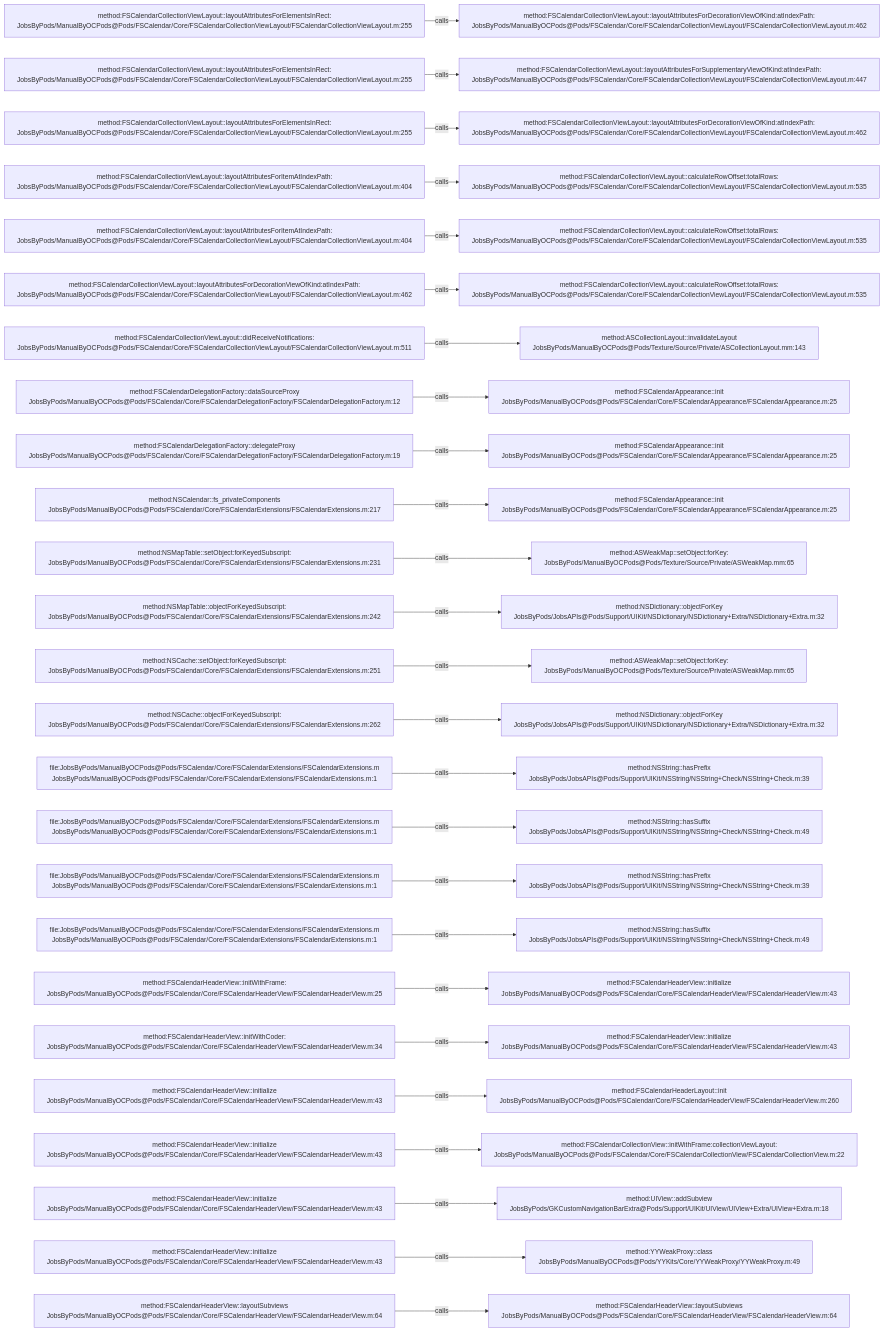
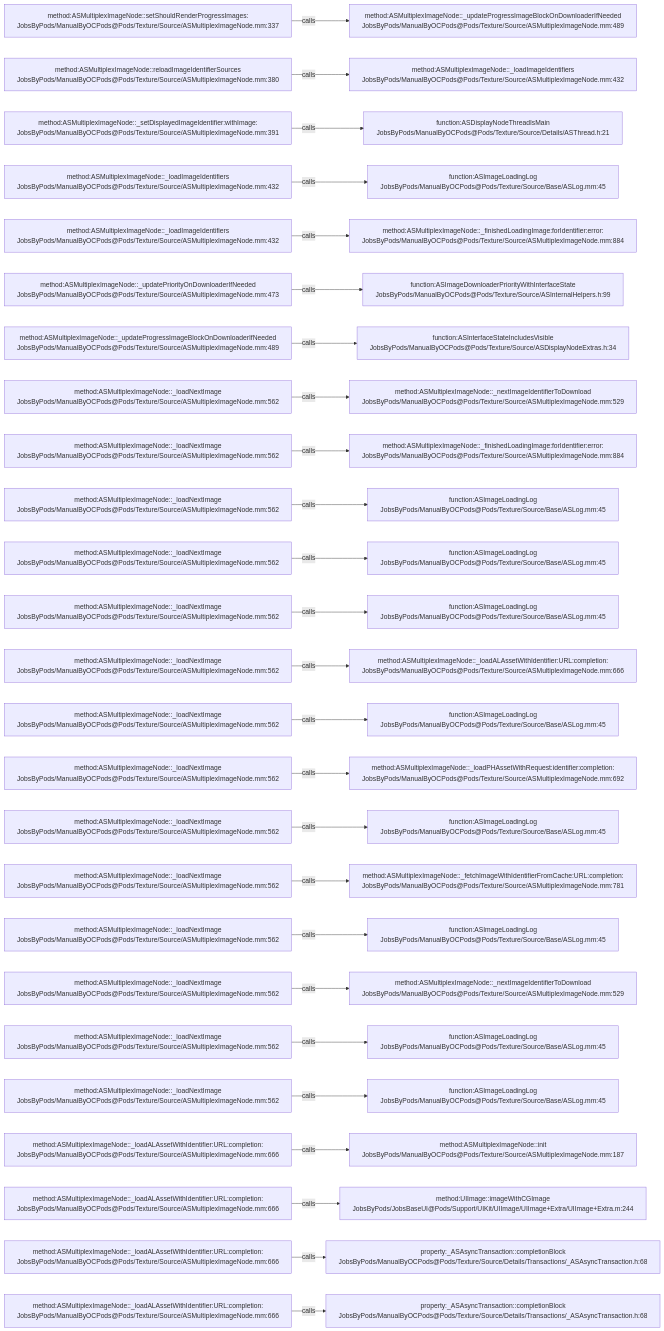
One commit to JobsKits/JobsOCBaseConfigDemo changed the diagram in .codegraph/codegraph.md/graphs/calls-123.md. Above: the diagram before and after it, drawn with Mermaid. The commit also changed 2162 other files, not shown here.

````diff
--- a/.codegraph/codegraph.md/graphs/calls-123.md
+++ b/.codegraph/codegraph.md/graphs/calls-123.md
@@ -13,78 +13,78 @@
 ```mermaid
 flowchart LR
-  S1["method:FSCalendarCollectionViewLayout::layoutAttributesForElementsInRect:<br/>JobsByPods/ManualByOCPods@Pods/FSCalendar/Core/FSCalendarCollectionViewLayout/FSCalendarCollectionViewLayout.m:255"]
-  T1["method:FSCalendarCollectionViewLayout::layoutAttributesForDecorationViewOfKind:atIndexPath:<br/>JobsByPods/ManualByOCPods@Pods/FSCalendar/Core/FSCalendarCollectionViewLayout/FSCalendarCollectionViewLayout.m:462"]
+  S1["method:ASMultiplexImageNode::setShouldRenderProgressImages:<br/>JobsByPods/ManualByOCPods@Pods/Texture/Source/ASMultiplexImageNode.mm:337"]
+  T1["method:ASMultiplexImageNode::_updateProgressImageBlockOnDownloaderIfNeeded<br/>JobsByPods/ManualByOCPods@Pods/Texture/Source/ASMultiplexImageNode.mm:489"]
   S1 -->|calls| T1
-  S2["method:FSCalendarCollectionViewLayout::layoutAttributesForElementsInRect:<br/>JobsByPods/ManualByOCPods@Pods/FSCalendar/Core/FSCalendarCollectionViewLayout/FSCalendarCollectionViewLayout.m:255"]
-  T2["method:FSCalendarCollectionViewLayout::layoutAttributesForSupplementaryViewOfKind:atIndexPath:<br/>JobsByPods/ManualByOCPods@Pods/FSCalendar/Core/FSCalendarCollectionViewLayout/FSCalendarCollectionViewLayout.m:447"]
+  S2["method:ASMultiplexImageNode::reloadImageIdentifierSources<br/>JobsByPods/ManualByOCPods@Pods/Texture/Source/ASMultiplexImageNode.mm:380"]
+  T2["method:ASMultiplexImageNode::_loadImageIdentifiers<br/>JobsByPods/ManualByOCPods@Pods/Texture/Source/ASMultiplexImageNode.mm:432"]
   S2 -->|calls| T2
-  S3["method:FSCalendarCollectionViewLayout::layoutAttributesForElementsInRect:<br/>JobsByPods/ManualByOCPods@Pods/FSCalendar/Core/FSCalendarCollectionViewLayout/FSCalendarCollectionViewLayout.m:255"]
-  T3["method:FSCalendarCollectionViewLayout::layoutAttributesForDecorationViewOfKind:atIndexPath:<br/>JobsByPods/ManualByOCPods@Pods/FSCalendar/Core/FSCalendarCollectionViewLayout/FSCalendarCollectionViewLayout.m:462"]
+  S3["method:ASMultiplexImageNode::_setDisplayedImageIdentifier:withImage:<br/>JobsByPods/ManualByOCPods@Pods/Texture/Source/ASMultiplexImageNode.mm:391"]
+  T3["function:ASDisplayNodeThreadIsMain<br/>JobsByPods/ManualByOCPods@Pods/Texture/Source/Details/ASThread.h:21"]
   S3 -->|calls| T3
-  S4["method:FSCalendarCollectionViewLayout::layoutAttributesForItemAtIndexPath:<br/>JobsByPods/ManualByOCPods@Pods/FSCalendar/Core/FSCalendarCollectionViewLayout/FSCalendarCollectionViewLayout.m:404"]
-  T4["method:FSCalendarCollectionViewLayout::calculateRowOffset:totalRows:<br/>JobsByPods/ManualByOCPods@Pods/FSCalendar/Core/FSCalendarCollectionViewLayout/FSCalendarCollectionViewLayout.m:535"]
+  S4["method:ASMultiplexImageNode::_loadImageIdentifiers<br/>JobsByPods/ManualByOCPods@Pods/Texture/Source/ASMultiplexImageNode.mm:432"]
+  T4["function:ASImageLoadingLog<br/>JobsByPods/ManualByOCPods@Pods/Texture/Source/Base/ASLog.mm:45"]
   S4 -->|calls| T4
-  S5["method:FSCalendarCollectionViewLayout::layoutAttributesForItemAtIndexPath:<br/>JobsByPods/ManualByOCPods@Pods/FSCalendar/Core/FSCalendarCollectionViewLayout/FSCalendarCollectionViewLayout.m:404"]
-  T5["method:FSCalendarCollectionViewLayout::calculateRowOffset:totalRows:<br/>JobsByPods/ManualByOCPods@Pods/FSCalendar/Core/FSCalendarCollectionViewLayout/FSCalendarCollectionViewLayout.m:535"]
+  S5["method:ASMultiplexImageNode::_loadImageIdentifiers<br/>JobsByPods/ManualByOCPods@Pods/Texture/Source/ASMultiplexImageNode.mm:432"]
+  T5["method:ASMultiplexImageNode::_finishedLoadingImage:forIdentifier:error:<br/>JobsByPods/ManualByOCPods@Pods/Texture/Source/ASMultiplexImageNode.mm:884"]
   S5 -->|calls| T5
-  S6["method:FSCalendarCollectionViewLayout::layoutAttributesForDecorationViewOfKind:atIndexPath:<br/>JobsByPods/ManualByOCPods@Pods/FSCalendar/Core/FSCalendarCollectionViewLayout/FSCalendarCollectionViewLayout.m:462"]
-  T6["method:FSCalendarCollectionViewLayout::calculateRowOffset:totalRows:<br/>JobsByPods/ManualByOCPods@Pods/FSCalendar/Core/FSCalendarCollectionViewLayout/FSCalendarCollectionViewLayout.m:535"]
+  S6["method:ASMultiplexImageNode::_updatePriorityOnDownloaderIfNeeded<br/>JobsByPods/ManualByOCPods@Pods/Texture/Source/ASMultiplexImageNode.mm:473"]
+  T6["function:ASImageDownloaderPriorityWithInterfaceState<br/>JobsByPods/ManualByOCPods@Pods/Texture/Source/ASInternalHelpers.h:99"]
   S6 -->|calls| T6
-  S7["method:FSCalendarCollectionViewLayout::didReceiveNotifications:<br/>JobsByPods/ManualByOCPods@Pods/FSCalendar/Core/FSCalendarCollectionViewLayout/FSCalendarCollectionViewLayout.m:511"]
-  T7["method:ASCollectionLayout::invalidateLayout<br/>JobsByPods/ManualByOCPods@Pods/Texture/Source/Private/ASCollectionLayout.mm:143"]
+  S7["method:ASMultiplexImageNode::_updateProgressImageBlockOnDownloaderIfNeeded<br/>JobsByPods/ManualByOCPods@Pods/Texture/Source/ASMultiplexImageNode.mm:489"]
+  T7["function:ASInterfaceStateIncludesVisible<br/>JobsByPods/ManualByOCPods@Pods/Texture/Source/ASDisplayNodeExtras.h:34"]
   S7 -->|calls| T7
-  S8["method:FSCalendarDelegationFactory::dataSourceProxy<br/>JobsByPods/ManualByOCPods@Pods/FSCalendar/Core/FSCalendarDelegationFactory/FSCalendarDelegationFactory.m:12"]
-  T8["method:FSCalendarAppearance::init<br/>JobsByPods/ManualByOCPods@Pods/FSCalendar/Core/FSCalendarAppearance/FSCalendarAppearance.m:25"]
+  S8["method:ASMultiplexImageNode::_loadNextImage<br/>JobsByPods/ManualByOCPods@Pods/Texture/Source/ASMultiplexImageNode.mm:562"]
+  T8["method:ASMultiplexImageNode::_nextImageIdentifierToDownload<br/>JobsByPods/ManualByOCPods@Pods/Texture/Source/ASMultiplexImageNode.mm:529"]
   S8 -->|calls| T8
-  S9["method:FSCalendarDelegationFactory::delegateProxy<br/>JobsByPods/ManualByOCPods@Pods/FSCalendar/Core/FSCalendarDelegationFactory/FSCalendarDelegationFactory.m:19"]
-  T9["method:FSCalendarAppearance::init<br/>JobsByPods/ManualByOCPods@Pods/FSCalendar/Core/FSCalendarAppearance/FSCalendarAppearance.m:25"]
+  S9["method:ASMultiplexImageNode::_loadNextImage<br/>JobsByPods/ManualByOCPods@Pods/Texture/Source/ASMultiplexImageNode.mm:562"]
+  T9["method:ASMultiplexImageNode::_finishedLoadingImage:forIdentifier:error:<br/>JobsByPods/ManualByOCPods@Pods/Texture/Source/ASMultiplexImageNode.mm:884"]
   S9 -->|calls| T9
-  S10["method:NSCalendar::fs_privateComponents<br/>JobsByPods/ManualByOCPods@Pods/FSCalendar/Core/FSCalendarExtensions/FSCalendarExtensions.m:217"]
-  T10["method:FSCalendarAppearance::init<br/>JobsByPods/ManualByOCPods@Pods/FSCalendar/Core/FSCalendarAppearance/FSCalendarAppearance.m:25"]
+  S10["method:ASMultiplexImageNode::_loadNextImage<br/>JobsByPods/ManualByOCPods@Pods/Texture/Source/ASMultiplexImageNode.mm:562"]
+  T10["function:ASImageLoadingLog<br/>JobsByPods/ManualByOCPods@Pods/Texture/Source/Base/ASLog.mm:45"]
   S10 -->|calls| T10
-  S11["method:NSMapTable::setObject:forKeyedSubscript:<br/>JobsByPods/ManualByOCPods@Pods/FSCalendar/Core/FSCalendarExtensions/FSCalendarExtensions.m:231"]
-  T11["method:ASWeakMap::setObject:forKey:<br/>JobsByPods/ManualByOCPods@Pods/Texture/Source/Private/ASWeakMap.mm:65"]
+  S11["method:ASMultiplexImageNode::_loadNextImage<br/>JobsByPods/ManualByOCPods@Pods/Texture/Source/ASMultiplexImageNode.mm:562"]
+  T11["function:ASImageLoadingLog<br/>JobsByPods/ManualByOCPods@Pods/Texture/Source/Base/ASLog.mm:45"]
   S11 -->|calls| T11
-  S12["method:NSMapTable::objectForKeyedSubscript:<br/>JobsByPods/ManualByOCPods@Pods/FSCalendar/Core/FSCalendarExtensions/FSCalendarExtensions.m:242"]
-  T12["method:NSDictionary::objectForKey<br/>JobsByPods/JobsAPIs@Pods/Support/UIKit/NSDictionary/NSDictionary+Extra/NSDictionary+Extra.m:32"]
+  S12["method:ASMultiplexImageNode::_loadNextImage<br/>JobsByPods/ManualByOCPods@Pods/Texture/Source/ASMultiplexImageNode.mm:562"]
+  T12["function:ASImageLoadingLog<br/>JobsByPods/ManualByOCPods@Pods/Texture/Source/Base/ASLog.mm:45"]
   S12 -->|calls| T12
-  S13["method:NSCache::setObject:forKeyedSubscript:<br/>JobsByPods/ManualByOCPods@Pods/FSCalendar/Core/FSCalendarExtensions/FSCalendarExtensions.m:251"]
-  T13["method:ASWeakMap::setObject:forKey:<br/>JobsByPods/ManualByOCPods@Pods/Texture/Source/Private/ASWeakMap.mm:65"]
+  S13["method:ASMultiplexImageNode::_loadNextImage<br/>JobsByPods/ManualByOCPods@Pods/Texture/Source/ASMultiplexImageNode.mm:562"]
+  T13["method:ASMultiplexImageNode::_loadALAssetWithIdentifier:URL:completion:<br/>JobsByPods/ManualByOCPods@Pods/Texture/Source/ASMultiplexImageNode.mm:666"]
   S13 -->|calls| T13
-  S14["method:NSCache::objectForKeyedSubscript:<br/>JobsByPods/ManualByOCPods@Pods/FSCalendar/Core/FSCalendarExtensions/FSCalendarExtensions.m:262"]
-  T14["method:NSDictionary::objectForKey<br/>JobsByPods/JobsAPIs@Pods/Support/UIKit/NSDictionary/NSDictionary+Extra/NSDictionary+Extra.m:32"]
+  S14["method:ASMultiplexImageNode::_loadNextImage<br/>JobsByPods/ManualByOCPods@Pods/Texture/Source/ASMultiplexImageNode.mm:562"]
+  T14["function:ASImageLoadingLog<br/>JobsByPods/ManualByOCPods@Pods/Texture/Source/Base/ASLog.mm:45"]
   S14 -->|calls| T14
-  S15["file:JobsByPods/ManualByOCPods@Pods/FSCalendar/Core/FSCalendarExtensions/FSCalendarExtensions.m<br/>JobsByPods/ManualByOCPods@Pods/FSCalendar/Core/FSCalendarExtensions/FSCalendarExtensions.m:1"]
-  T15["method:NSString::hasPrefix<br/>JobsByPods/JobsAPIs@Pods/Support/UIKit/NSString/NSString+Check/NSString+Check.m:39"]
+  S15["method:ASMultiplexImageNode::_loadNextImage<br/>JobsByPods/ManualByOCPods@Pods/Texture/Source/ASMultiplexImageNode.mm:562"]
+  T15["method:ASMultiplexImageNode::_loadPHAssetWithRequest:identifier:completion:<br/>JobsByPods/ManualByOCPods@Pods/Texture/Source/ASMultiplexImageNode.mm:692"]
   S15 -->|calls| T15
-  S16["file:JobsByPods/ManualByOCPods@Pods/FSCalendar/Core/FSCalendarExtensions/FSCalendarExtensions.m<br/>JobsByPods/ManualByOCPods@Pods/FSCalendar/Core/FSCalendarExtensions/FSCalendarExtensions.m:1"]
-  T16["method:NSString::hasSuffix<br/>JobsByPods/JobsAPIs@Pods/Support/UIKit/NSString/NSString+Check/NSString+Check.m:49"]
+  S16["method:ASMultiplexImageNode::_loadNextImage<br/>JobsByPods/ManualByOCPods@Pods/Texture/Source/ASMultiplexImageNode.mm:562"]
+  T16["function:ASImageLoadingLog<br/>JobsByPods/ManualByOCPods@Pods/Texture/Source/Base/ASLog.mm:45"]
   S16 -->|calls| T16
-  S17["file:JobsByPods/ManualByOCPods@Pods/FSCalendar/Core/FSCalendarExtensions/FSCalendarExtensions.m<br/>JobsByPods/ManualByOCPods@Pods/FSCalendar/Core/FSCalendarExtensions/FSCalendarExtensions.m:1"]
-  T17["method:NSString::hasPrefix<br/>JobsByPods/JobsAPIs@Pods/Support/UIKit/NSString/NSString+Check/NSString+Check.m:39"]
+  S17["method:ASMultiplexImageNode::_loadNextImage<br/>JobsByPods/ManualByOCPods@Pods/Texture/Source/ASMultiplexImageNode.mm:562"]
+  T17["method:ASMultiplexImageNode::_fetchImageWithIdentifierFromCache:URL:completion:<br/>JobsByPods/ManualByOCPods@Pods/Texture/Source/ASMultiplexImageNode.mm:781"]
   S17 -->|calls| T17
-  S18["file:JobsByPods/ManualByOCPods@Pods/FSCalendar/Core/FSCalendarExtensions/FSCalendarExtensions.m<br/>JobsByPods/ManualByOCPods@Pods/FSCalendar/Core/FSCalendarExtensions/FSCalendarExtensions.m:1"]
-  T18["method:NSString::hasSuffix<br/>JobsByPods/JobsAPIs@Pods/Support/UIKit/NSString/NSString+Check/NSString+Check.m:49"]
+  S18["method:ASMultiplexImageNode::_loadNextImage<br/>JobsByPods/ManualByOCPods@Pods/Texture/Source/ASMultiplexImageNode.mm:562"]
+  T18["function:ASImageLoadingLog<br/>JobsByPods/ManualByOCPods@Pods/Texture/Source/Base/ASLog.mm:45"]
   S18 -->|calls| T18
-  S19["method:FSCalendarHeaderView::initWithFrame:<br/>JobsByPods/ManualByOCPods@Pods/FSCalendar/Core/FSCalendarHeaderView/FSCalendarHeaderView.m:25"]
-  T19["method:FSCalendarHeaderView::initialize<br/>JobsByPods/ManualByOCPods@Pods/FSCalendar/Core/FSCalendarHeaderView/FSCalendarHeaderView.m:43"]
+  S19["method:ASMultiplexImageNode::_loadNextImage<br/>JobsByPods/ManualByOCPods@Pods/Texture/Source/ASMultiplexImageNode.mm:562"]
+  T19["method:ASMultiplexImageNode::_nextImageIdentifierToDownload<br/>JobsByPods/ManualByOCPods@Pods/Texture/Source/ASMultiplexImageNode.mm:529"]
   S19 -->|calls| T19
-  S20["method:FSCalendarHeaderView::initWithCoder:<br/>JobsByPods/ManualByOCPods@Pods/FSCalendar/Core/FSCalendarHeaderView/FSCalendarHeaderView.m:34"]
-  T20["method:FSCalendarHeaderView::initialize<br/>JobsByPods/ManualByOCPods@Pods/FSCalendar/Core/FSCalendarHeaderView/FSCalendarHeaderView.m:43"]
+  S20["method:ASMultiplexImageNode::_loadNextImage<br/>JobsByPods/ManualByOCPods@Pods/Texture/Source/ASMultiplexImageNode.mm:562"]
+  T20["function:ASImageLoadingLog<br/>JobsByPods/ManualByOCPods@Pods/Texture/Source/Base/ASLog.mm:45"]
   S20 -->|calls| T20
-  S21["method:FSCalendarHeaderView::initialize<br/>JobsByPods/ManualByOCPods@Pods/FSCalendar/Core/FSCalendarHeaderView/FSCalendarHeaderView.m:43"]
-  T21["method:FSCalendarHeaderLayout::init<br/>JobsByPods/ManualByOCPods@Pods/FSCalendar/Core/FSCalendarHeaderView/FSCalendarHeaderView.m:260"]
+  S21["method:ASMultiplexImageNode::_loadNextImage<br/>JobsByPods/ManualByOCPods@Pods/Texture/Source/ASMultiplexImageNode.mm:562"]
+  T21["function:ASImageLoadingLog<br/>JobsByPods/ManualByOCPods@Pods/Texture/Source/Base/ASLog.mm:45"]
   S21 -->|calls| T21
-  S22["method:FSCalendarHeaderView::initialize<br/>JobsByPods/ManualByOCPods@Pods/FSCalendar/Core/FSCalendarHeaderView/FSCalendarHeaderView.m:43"]
-  T22["method:FSCalendarCollectionView::initWithFrame:collectionViewLayout:<br/>JobsByPods/ManualByOCPods@Pods/FSCalendar/Core/FSCalendarCollectionView/FSCalendarCollectionView.m:22"]
+  S22["method:ASMultiplexImageNode::_loadALAssetWithIdentifier:URL:completion:<br/>JobsByPods/ManualByOCPods@Pods/Texture/Source/ASMultiplexImageNode.mm:666"]
+  T22["method:ASMultiplexImageNode::init<br/>JobsByPods/ManualByOCPods@Pods/Texture/Source/ASMultiplexImageNode.mm:187"]
   S22 -->|calls| T22
-  S23["method:FSCalendarHeaderView::initialize<br/>JobsByPods/ManualByOCPods@Pods/FSCalendar/Core/FSCalendarHeaderView/FSCalendarHeaderView.m:43"]
-  T23["method:UIView::addSubview<br/>JobsByPods/GKCustomNavigationBarExtra@Pods/Support/UIKit/UIView/UIView+Extra/UIView+Extra.m:18"]
+  S23["method:ASMultiplexImageNode::_loadALAssetWithIdentifier:URL:completion:<br/>JobsByPods/ManualByOCPods@Pods/Texture/Source/ASMultiplexImageNode.mm:666"]
+  T23["method:UIImage::imageWithCGImage<br/>JobsByPods/JobsBaseUI@Pods/Support/UIKit/UIImage/UIImage+Extra/UIImage+Extra.m:244"]
   S23 -->|calls| T23
-  S24["method:FSCalendarHeaderView::initialize<br/>JobsByPods/ManualByOCPods@Pods/FSCalendar/Core/FSCalendarHeaderView/FSCalendarHeaderView.m:43"]
-  T24["method:YYWeakProxy::class<br/>JobsByPods/ManualByOCPods@Pods/YYKits/Core/YYWeakProxy/YYWeakProxy.m:49"]
+  S24["method:ASMultiplexImageNode::_loadALAssetWithIdentifier:URL:completion:<br/>JobsByPods/ManualByOCPods@Pods/Texture/Source/ASMultiplexImageNode.mm:666"]
+  T24["property:_ASAsyncTransaction::completionBlock<br/>JobsByPods/ManualByOCPods@Pods/Texture/Source/Details/Transactions/_ASAsyncTransaction.h:68"]
   S24 -->|calls| T24
-  S25["method:FSCalendarHeaderView::layoutSubviews<br/>JobsByPods/ManualByOCPods@Pods/FSCalendar/Core/FSCalendarHeaderView/FSCalendarHeaderView.m:64"]
-  T25["method:FSCalendarHeaderView::layoutSubviews<br/>JobsByPods/ManualByOCPods@Pods/FSCalendar/Core/FSCalendarHeaderView/FSCalendarHeaderView.m:64"]
+  S25["method:ASMultiplexImageNode::_loadALAssetWithIdentifier:URL:completion:<br/>JobsByPods/ManualByOCPods@Pods/Texture/Source/ASMultiplexImageNode.mm:666"]
+  T25["property:_ASAsyncTransaction::completionBlock<br/>JobsByPods/ManualByOCPods@Pods/Texture/Source/Details/Transactions/_ASAsyncTransaction.h:68"]
   S25 -->|calls| T25
 ```
````
